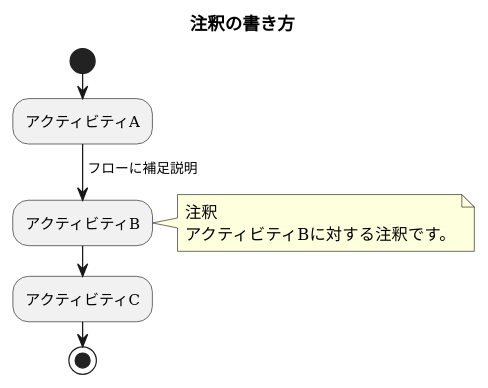
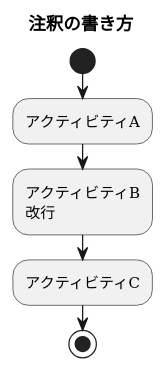
The diagram in 図7-1_基本的な書き方.pu (hosokawa3217/uml-exercises), drawn with PlantUML before and after one commit. The commit also changed 13 other files, not shown here.

```diff
--- a/図7-1_基本的な書き方.pu
+++ b/図7-1_基本的な書き方.pu
@@ -1,19 +1,14 @@
 @startuml 注釈
 title 注釈の書き方
 
 start
 
 :アクティビティA;
--> フローに補足説明;
-:アクティビティB;
-
-note right
-    注釈
-    アクティビティBに対する注釈です。
-end note
+:アクティビティB
+改行;
 
 :アクティビティC;
-
+'  :オブジェクト]
 stop
 
 @enduml
```
